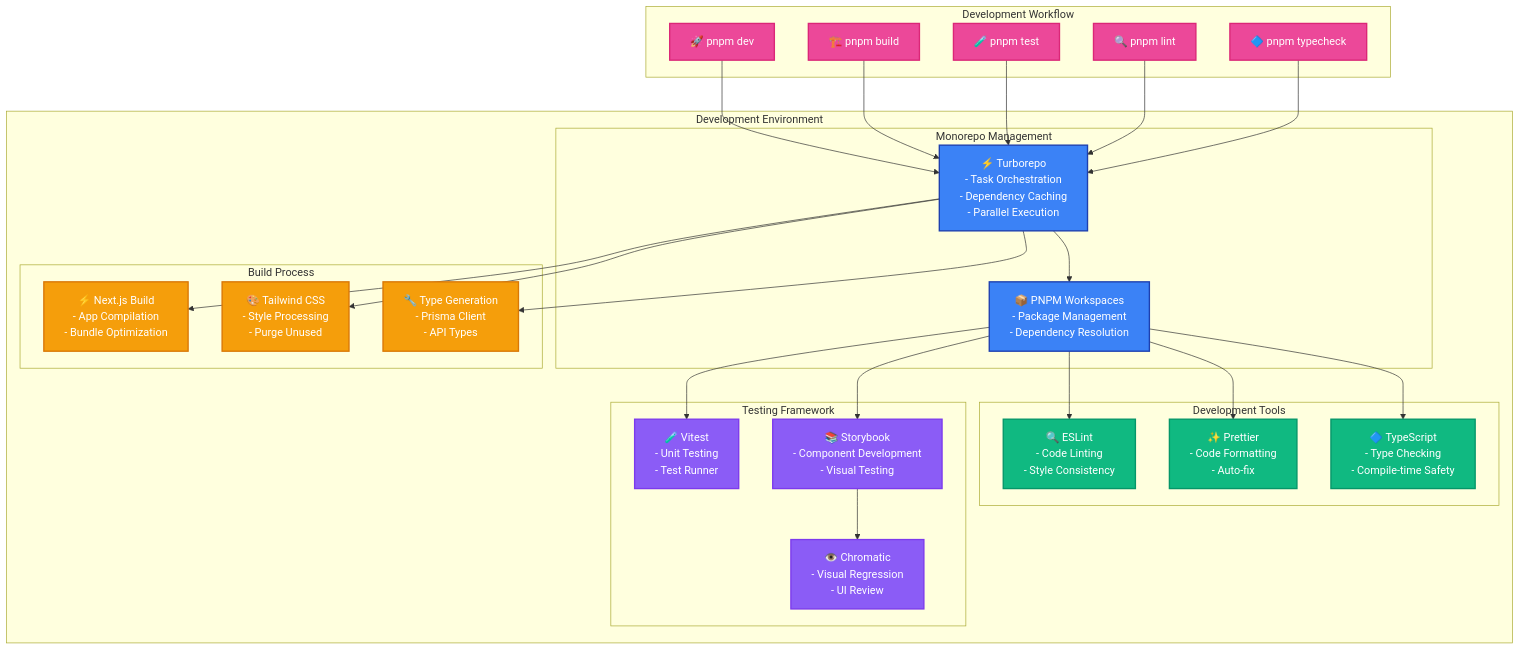
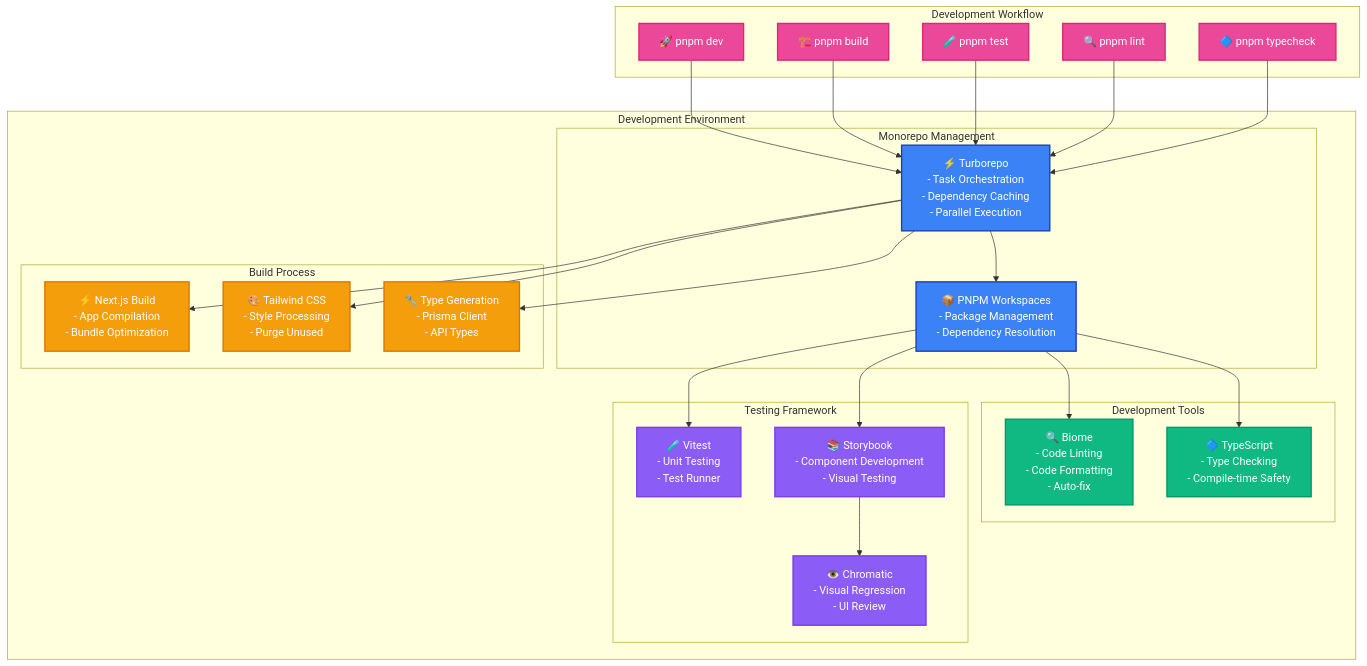
Before and after one commit to k2bg-technology/k2bg-branding: the fifth of 5 diagrams in README.md, drawn with Mermaid. The commit also changed other lines of this file and 19 other files, not shown here.

First line of the commit message:
🧑‍💻 Replace ESLint and Prettier with Biome

````diff
--- a/README.md
+++ b/README.md
@@ -372,66 +371,64 @@
 ```mermaid
 flowchart TB
     subgraph "Development Environment"
         subgraph "Monorepo Management"
             Turborepo["⚡ Turborepo<br/>- Task Orchestration<br/>- Dependency Caching<br/>- Parallel Execution"]
             PNPMWorkspaces["📦 PNPM Workspaces<br/>- Package Management<br/>- Dependency Resolution"]
         end
 
         subgraph "Development Tools"
-            ESLintTool["🔍 ESLint<br/>- Code Linting<br/>- Style Consistency"]
-            PrettierTool["✨ Prettier<br/>- Code Formatting<br/>- Auto-fix"]
+            BiomeTool["🔍 Biome<br/>- Code Linting<br/>- Code Formatting<br/>- Auto-fix"]
             TypeScriptTool["🔷 TypeScript<br/>- Type Checking<br/>- Compile-time Safety"]
         end
 
         subgraph "Testing Framework"
             VitestTool["🧪 Vitest<br/>- Unit Testing<br/>- Test Runner"]
             StorybookTool["📚 Storybook<br/>- Component Development<br/>- Visual Testing"]
             ChromaticTool["👁️ Chromatic<br/>- Visual Regression<br/>- UI Review"]
         end
 
         subgraph "Build Process"
             NextJSBuild["⚡ Next.js Build<br/>- App Compilation<br/>- Bundle Optimization"]
             TailwindBuild["🎨 Tailwind CSS<br/>- Style Processing<br/>- Purge Unused"]
             TypeGeneration["🔧 Type Generation<br/>- Prisma Client<br/>- API Types"]
         end
     end
 
     subgraph "Development Workflow"
         DevStart["🚀 pnpm dev"]
         BuildProcess["🏗️ pnpm build"]
         TestSuite["🧪 pnpm test"]
         LintCheck["🔍 pnpm lint"]
         TypeCheck["🔷 pnpm typecheck"]
     end
 
     DevStart --> Turborepo
     BuildProcess --> Turborepo
     TestSuite --> Turborepo
     LintCheck --> Turborepo
     TypeCheck --> Turborepo
 
     Turborepo --> PNPMWorkspaces
     Turborepo --> NextJSBuild
     Turborepo --> TailwindBuild
     Turborepo --> TypeGeneration
 
-    PNPMWorkspaces --> ESLintTool
-    PNPMWorkspaces --> PrettierTool
+    PNPMWorkspaces --> BiomeTool
     PNPMWorkspaces --> TypeScriptTool
     PNPMWorkspaces --> VitestTool
     PNPMWorkspaces --> StorybookTool
 
     StorybookTool --> ChromaticTool
 
     classDef monorepoStyle fill:#3B82F6,stroke:#1E40AF,stroke-width:2px,color:#fff
     classDef devToolStyle fill:#10B981,stroke:#059669,stroke-width:2px,color:#fff
     classDef testStyle fill:#8B5CF6,stroke:#7C3AED,stroke-width:2px,color:#fff
     classDef buildStyle fill:#F59E0B,stroke:#D97706,stroke-width:2px,color:#fff
     classDef workflowStyle fill:#EC4899,stroke:#DB2777,stroke-width:2px,color:#fff
 
     class Turborepo,PNPMWorkspaces monorepoStyle
-    class ESLintTool,PrettierTool,TypeScriptTool devToolStyle
+    class BiomeTool,TypeScriptTool devToolStyle
     class VitestTool,StorybookTool,ChromaticTool testStyle
     class NextJSBuild,TailwindBuild,TypeGeneration buildStyle
     class DevStart,BuildProcess,TestSuite,LintCheck,TypeCheck workflowStyle
 ```
````
